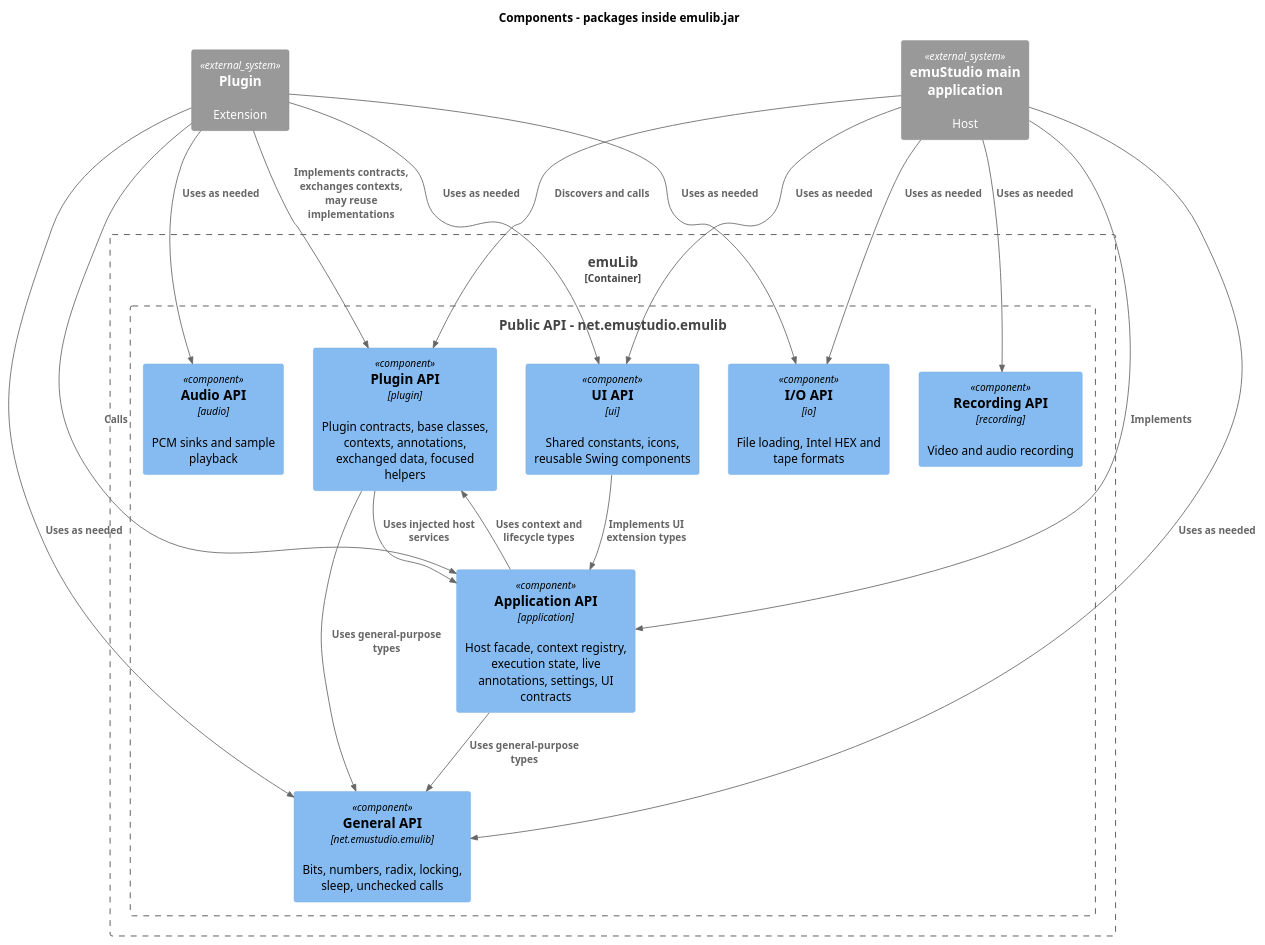
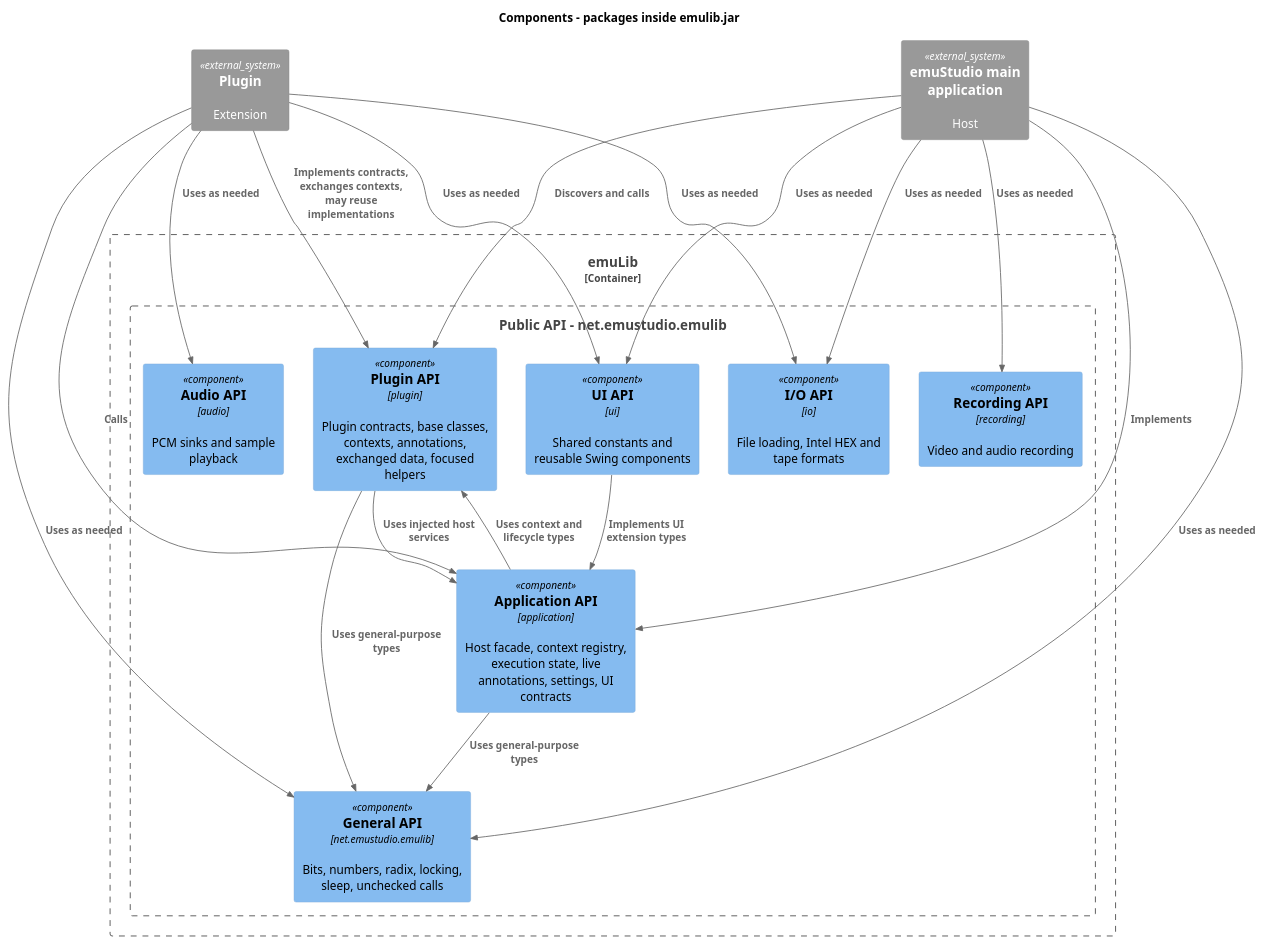
The third of 8 diagrams in docs/architecture.adoc (emustudio/emuLib), drawn with PlantUML before and after one commit. The commit also changed other lines of this file and 111 other files, not shown here.

```diff
--- a/docs/architecture.adoc
+++ b/docs/architecture.adoc
@@ -158,42 +158,42 @@
 [plantuml,c4-l3-component,svg]
 ....
 @startuml
 !include <C4/C4_Component>
 
 title Components - packages inside emulib.jar
 
 Container_Boundary(emulib, "emuLib") {
   Boundary(publicApi, "Public API - net.emustudio.emulib") {
     Component(pluginApi, "Plugin API", "plugin", "Plugin contracts, base classes, contexts, annotations, exchanged data, focused helpers")
     Component(applicationApi, "Application API", "application", "Host facade, context registry, execution state, live annotations, settings, UI contracts")
     Component(generalApi, "General API", "net.emustudio.emulib", "Bits, numbers, radix, locking, sleep, unchecked calls")
-    Component(uiApi, "UI API", "ui", "Shared constants, icons, reusable Swing components")
+    Component(uiApi, "UI API", "ui", "Shared constants and reusable Swing components")
     Component(ioApi, "I/O API", "io", "File loading, Intel HEX and tape formats")
     Component(audioApi, "Audio API", "audio", "PCM sinks and sample playback")
     Component(recordingApi, "Recording API", "recording", "Video and audio recording")
   }
 }
 
 System_Ext(app, "emuStudio main application", "Host")
 System_Ext(plugin, "Plugin", "Extension")
 
 Rel(app, pluginApi, "Discovers and calls")
 Rel(app, applicationApi, "Implements")
 Rel(plugin, pluginApi, "Implements contracts, exchanges contexts, may reuse implementations")
 Rel(plugin, applicationApi, "Calls")
 Rel(plugin, generalApi, "Uses as needed")
 Rel(plugin, uiApi, "Uses as needed")
 Rel(plugin, ioApi, "Uses as needed")
 Rel(app, generalApi, "Uses as needed")
 Rel(app, uiApi, "Uses as needed")
 Rel(app, ioApi, "Uses as needed")
 Rel(plugin, audioApi, "Uses as needed")
 Rel(app, recordingApi, "Uses as needed")
 Rel(pluginApi, applicationApi, "Uses injected host services")
 Rel(applicationApi, pluginApi, "Uses context and lifecycle types")
 Rel(pluginApi, generalApi, "Uses general-purpose types")
 Rel(applicationApi, generalApi, "Uses general-purpose types")
 Rel(uiApi, applicationApi, "Implements UI extension types")
 
 @enduml
 ....
```
